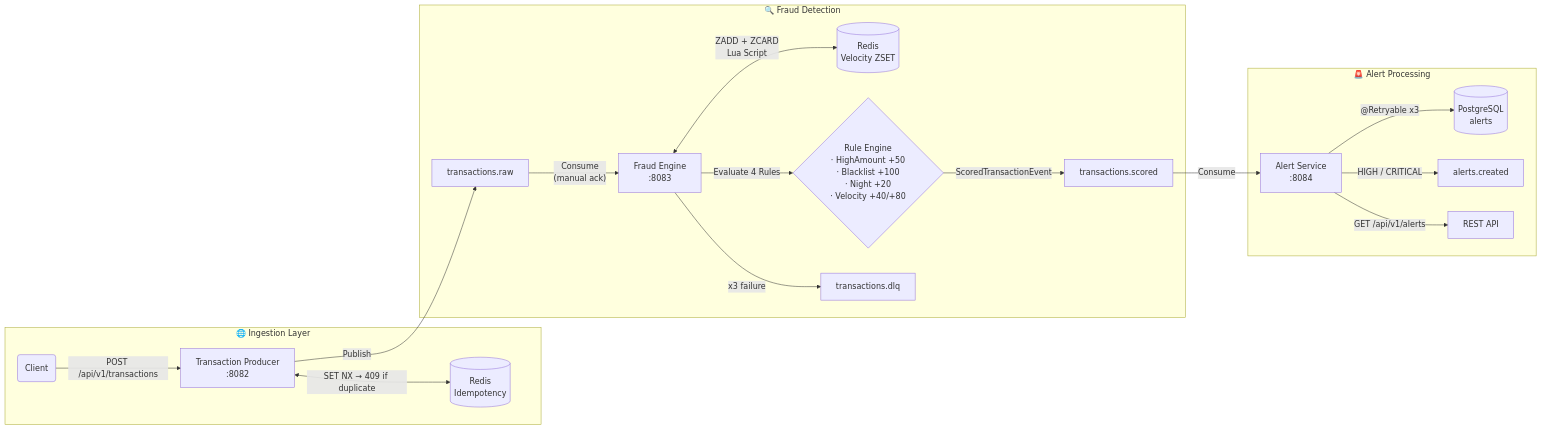
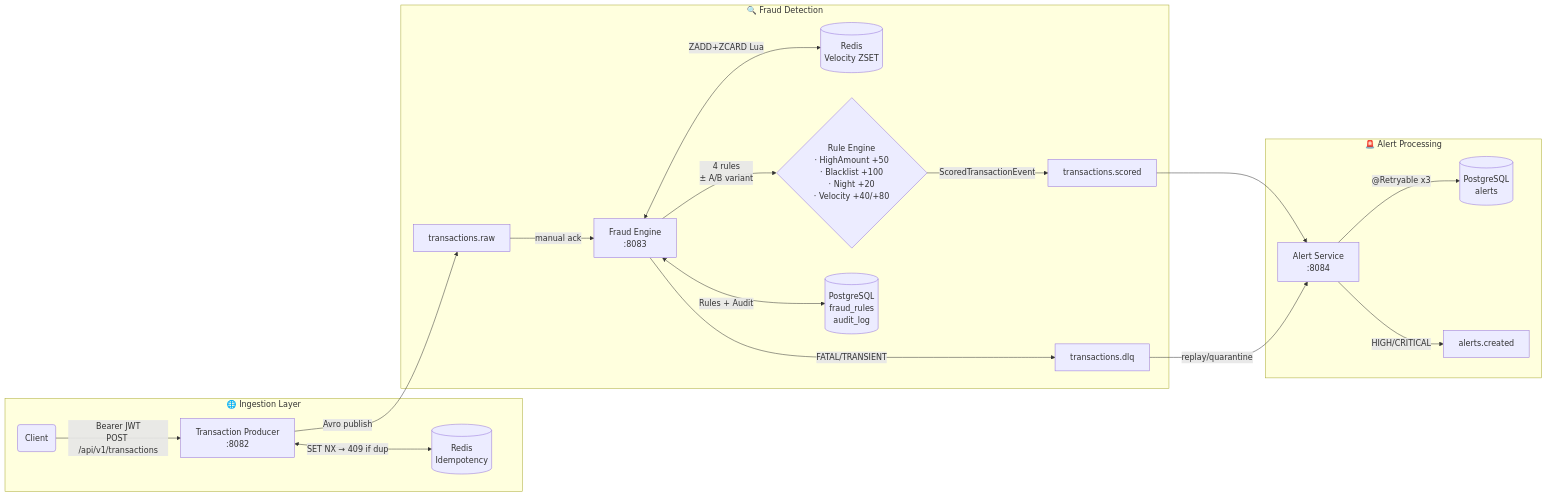
The diagram in README.md (mithrandir3010/transaction-shield-kafka), drawn with Mermaid before and after one commit. The commit also changed other lines of this file, not shown here.

````diff
--- a/README.md
+++ b/README.md
@@ -39,23 +45,24 @@
 ```mermaid
 flowchart LR
     subgraph Ingestion ["🌐 Ingestion Layer"]
-        CLIENT(Client) -->|"POST /api/v1/transactions"| PROD["Transaction Producer\n:8082"]
-        PROD <-->|"SET NX → 409 if duplicate"| R1[("Redis\nIdempotency")]
+        CLIENT(Client) -->|"Bearer JWT\nPOST /api/v1/transactions"| PROD["Transaction Producer\n:8082"]
+        PROD <-->|"SET NX → 409 if dup"| R1[("Redis\nIdempotency")]
     end
 
     subgraph Detection ["🔍 Fraud Detection"]
-        PROD -->|"Publish"| T1[transactions.raw]
-        T1 -->|"Consume\n(manual ack)"| ENG["Fraud Engine\n:8083"]
-        ENG <-->|"ZADD + ZCARD\nLua Script"| R2[("Redis\nVelocity ZSET")]
-        ENG -->|"Evaluate 4 Rules"| RULES{"Rule Engine\n· HighAmount  +50\n· Blacklist   +100\n· Night       +20\n· Velocity    +40/+80"}
+        PROD -->|"Avro publish"| T1[transactions.raw]
+        T1 -->|"manual ack"| ENG["Fraud Engine\n:8083"]
+        ENG <-->|"ZADD+ZCARD Lua"| R2[("Redis\nVelocity ZSET")]
+        ENG -->|"4 rules\n± A/B variant"| RULES{"Rule Engine\n· HighAmount +50\n· Blacklist +100\n· Night +20\n· Velocity +40/+80"}
         RULES -->|"ScoredTransactionEvent"| T2[transactions.scored]
-        ENG -->|"x3 failure"| DLQ[transactions.dlq]
+        ENG -->|"FATAL/TRANSIENT"| DLQ[transactions.dlq]
+        ENG <-->|"Rules + Audit"| PG2[("PostgreSQL\nfraud_rules\naudit_log")]
     end
 
     subgraph Alerting ["🚨 Alert Processing"]
-        T2 -->|"Consume"| AS["Alert Service\n:8084"]
+        T2 --> AS["Alert Service\n:8084"]
         AS -->|"@Retryable x3"| PG[("PostgreSQL\nalerts")]
-        AS -->|"HIGH / CRITICAL"| T3[alerts.created]
-        AS -->|"GET /api/v1/alerts"| REST["REST API"]
+        AS -->|"HIGH/CRITICAL"| T3[alerts.created]
+        DLQ -->|"replay/quarantine"| AS
     end
 ```
````
